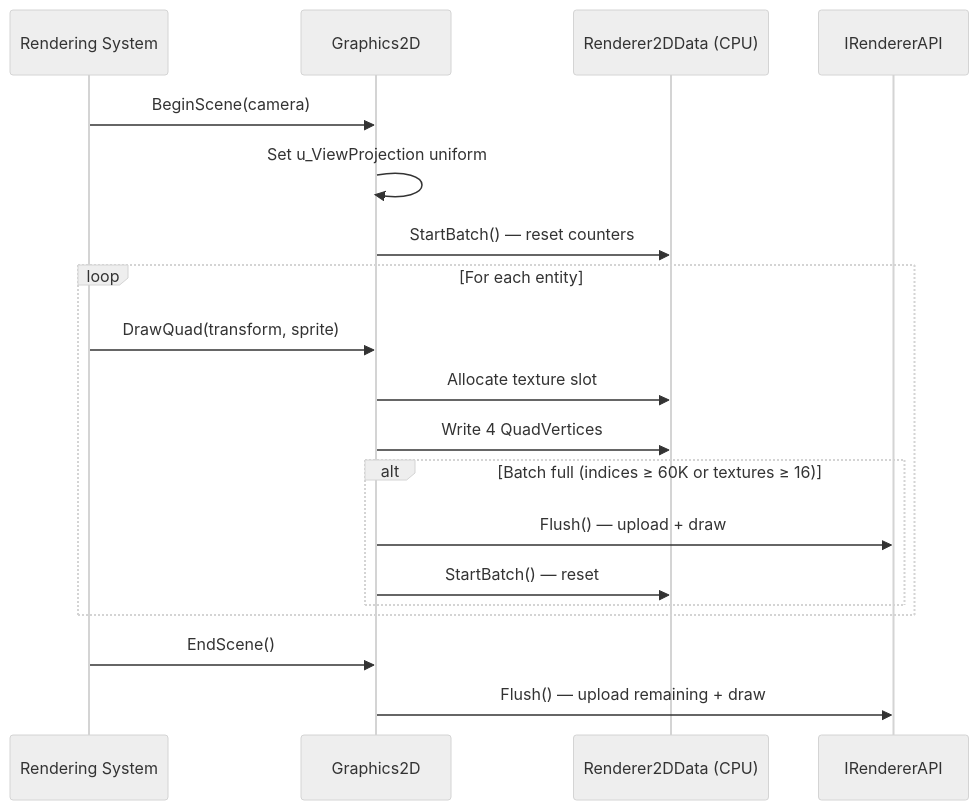
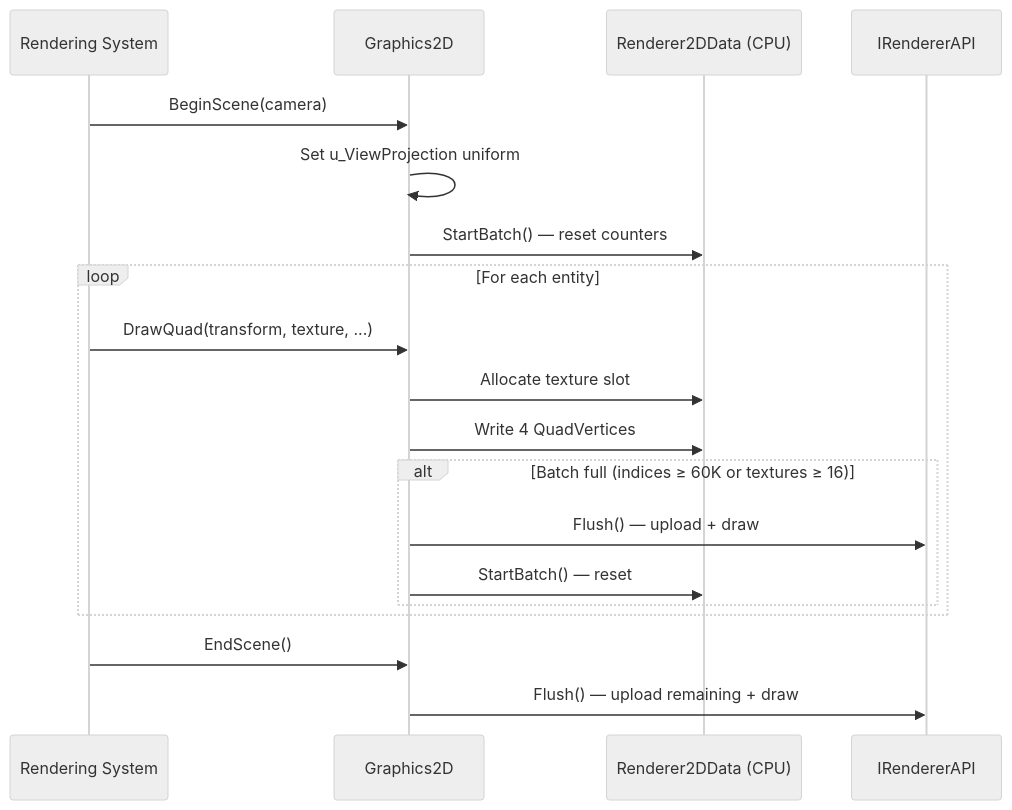
The second of 5 diagrams in docs/architecture/rendering-pipeline.md (kateusz/GameEngine), drawn with Mermaid (neutral theme) before and after one commit. The commit also changed other lines of this file and 25 other files, not shown here.

````diff
--- a/docs/architecture/rendering-pipeline.md
+++ b/docs/architecture/rendering-pipeline.md
@@ -130,25 +168,25 @@
 ```mermaid
 sequenceDiagram
     participant System as Rendering System
     participant G2D as Graphics2D
     participant Batch as Renderer2DData (CPU)
     participant GPU as IRendererAPI
 
     System->>G2D: BeginScene(camera)
     G2D->>G2D: Set u_ViewProjection uniform
     G2D->>Batch: StartBatch() — reset counters
 
     loop For each entity
-        System->>G2D: DrawQuad(transform, sprite)
+        System->>G2D: DrawQuad(transform, texture, ...)
         G2D->>Batch: Allocate texture slot
         G2D->>Batch: Write 4 QuadVertices
 
         alt Batch full (indices ≥ 60K or textures ≥ 16)
             G2D->>GPU: Flush() — upload + draw
             G2D->>Batch: StartBatch() — reset
         end
     end
 
     System->>G2D: EndScene()
     G2D->>GPU: Flush() — upload remaining + draw
 ```
````
